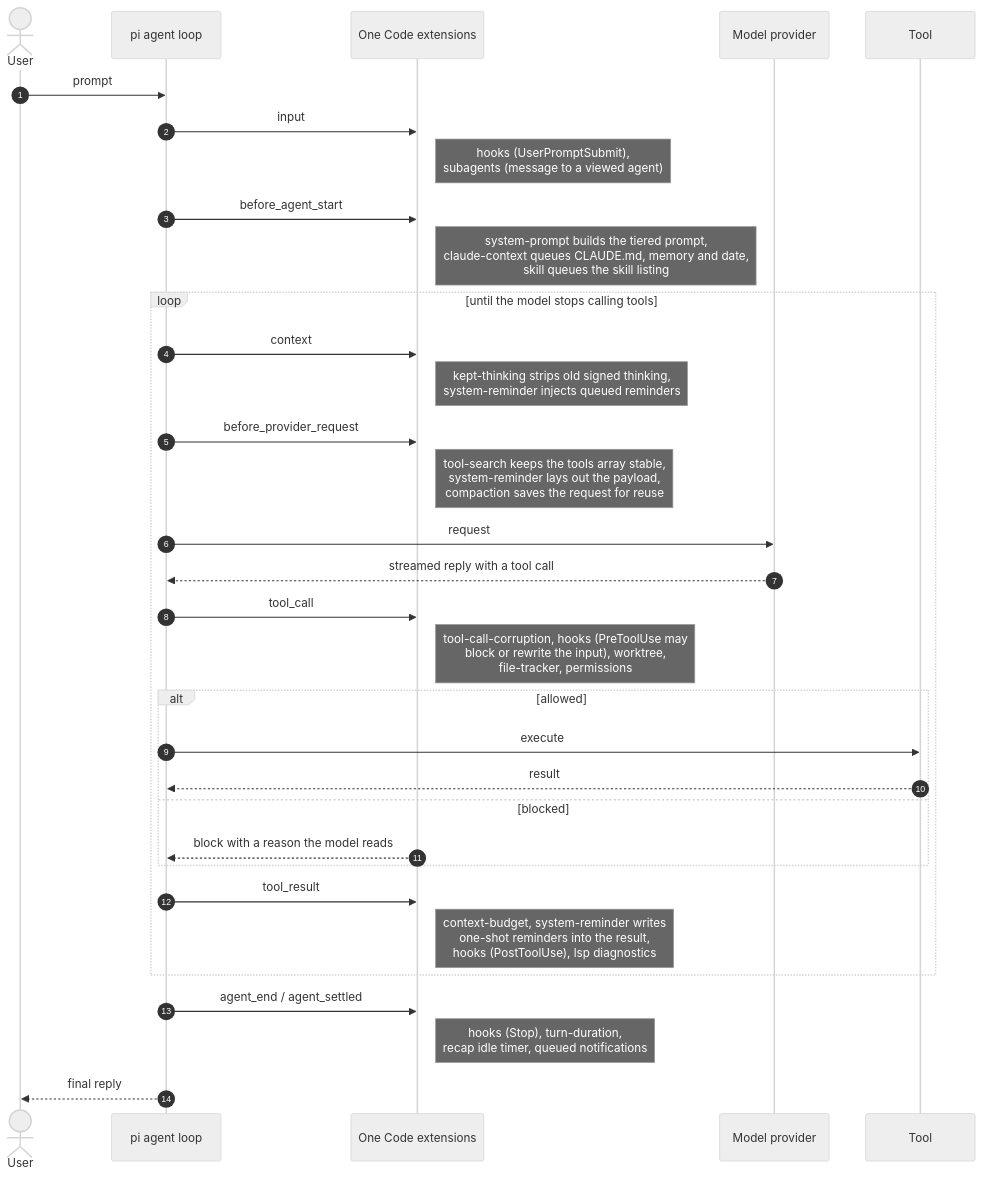
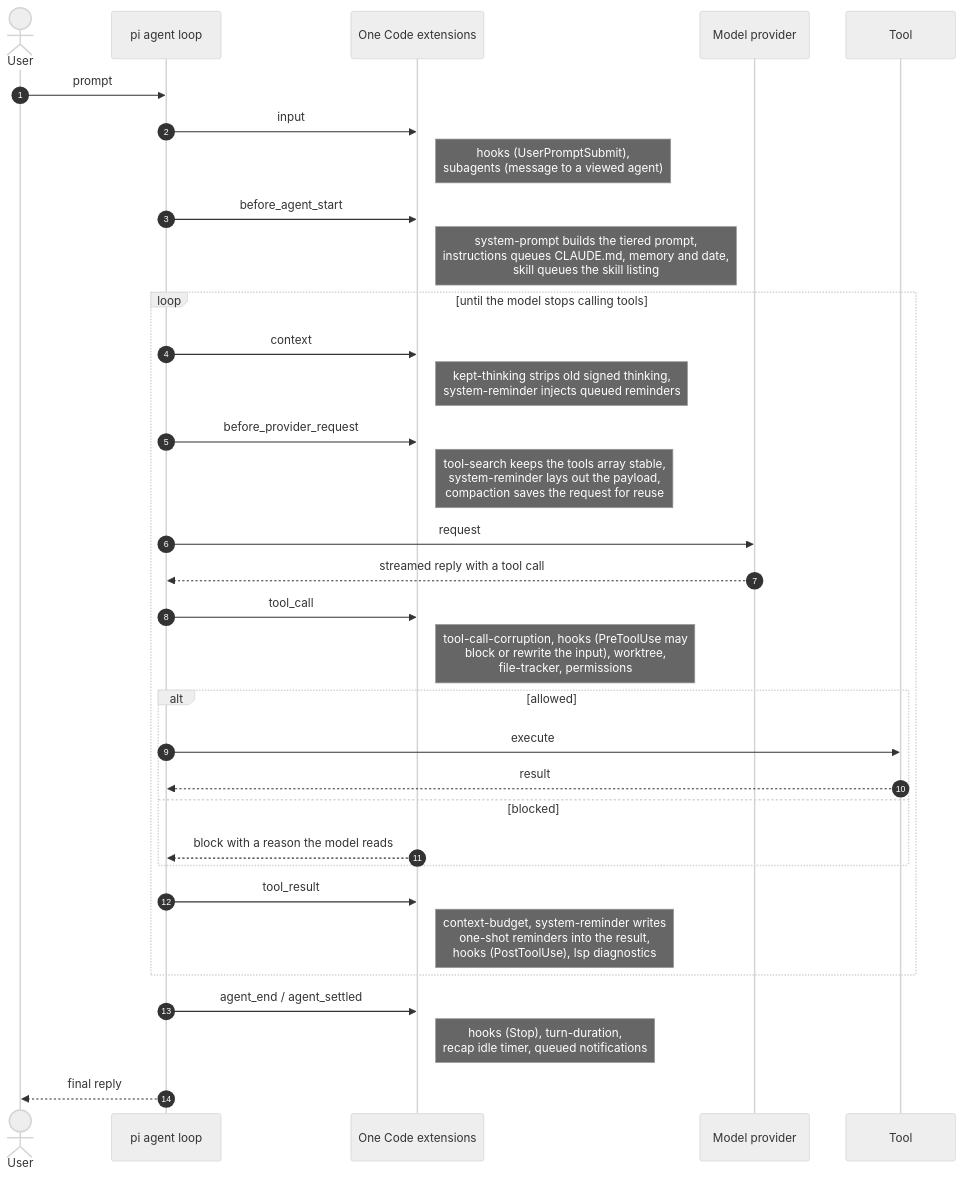
The third of 7 diagrams in docs/dev/architecture.md (IsuruMaduranga/one-code), drawn with Mermaid (neutral theme) before and after one commit. The commit also changed other lines of this file and 1 other file, not shown here.

````diff
--- a/docs/dev/architecture.md
+++ b/docs/dev/architecture.md
@@ -143,38 +143,38 @@
 ```mermaid
 sequenceDiagram
     autonumber
     actor User
     participant pi as pi agent loop
     participant ext as One Code extensions
     participant llm as Model provider
     participant tool as Tool
 
     User->>pi: prompt
     pi->>ext: input
     Note right of ext: hooks (UserPromptSubmit),<br/>subagents (message to a viewed agent)
     pi->>ext: before_agent_start
-    Note right of ext: system-prompt builds the tiered prompt,<br/>claude-context queues CLAUDE.md, memory and date,<br/>skill queues the skill listing
+    Note right of ext: system-prompt builds the tiered prompt,<br/>instructions queues CLAUDE.md, memory and date,<br/>skill queues the skill listing
 
     loop until the model stops calling tools
         pi->>ext: context
         Note right of ext: kept-thinking strips old signed thinking,<br/>system-reminder injects queued reminders
         pi->>ext: before_provider_request
         Note right of ext: tool-search keeps the tools array stable,<br/>system-reminder lays out the payload,<br/>compaction saves the request for reuse
         pi->>llm: request
         llm-->>pi: streamed reply with a tool call
         pi->>ext: tool_call
         Note right of ext: tool-call-corruption, hooks (PreToolUse may<br/>block or rewrite the input), worktree,<br/>file-tracker, permissions
         alt allowed
             pi->>tool: execute
             tool-->>pi: result
         else blocked
             ext-->>pi: block with a reason the model reads
         end
         pi->>ext: tool_result
         Note right of ext: context-budget, system-reminder writes<br/>one-shot reminders into the result,<br/>hooks (PostToolUse), lsp diagnostics
     end
 
     pi->>ext: agent_end / agent_settled
     Note right of ext: hooks (Stop), turn-duration,<br/>recap idle timer, queued notifications
     pi-->>User: final reply
 ```
````
